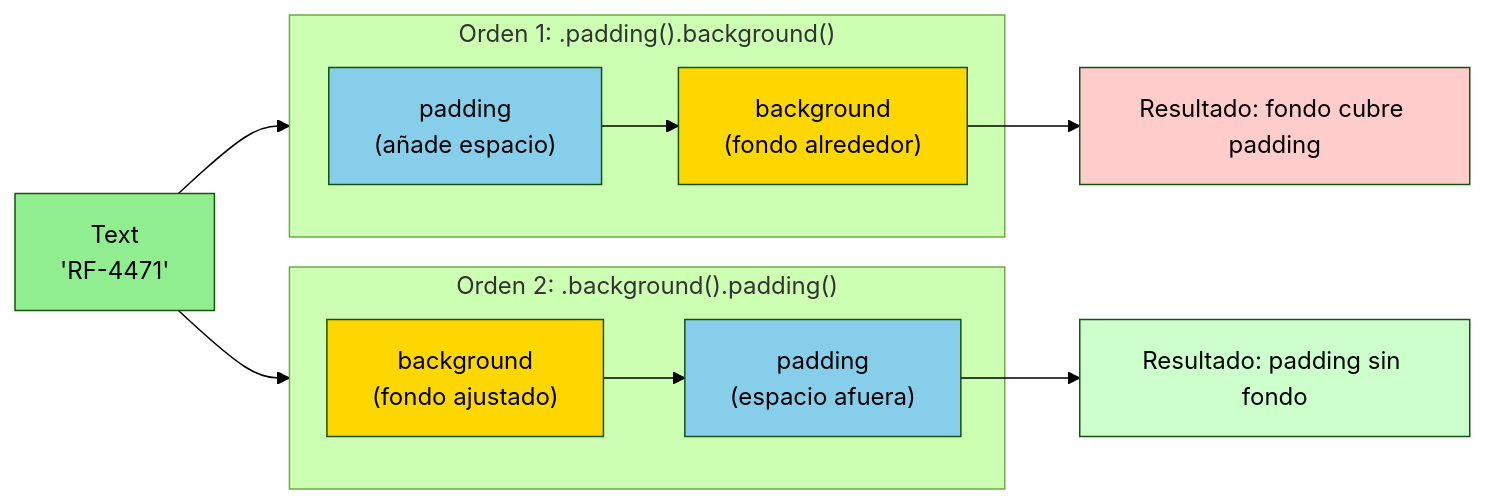
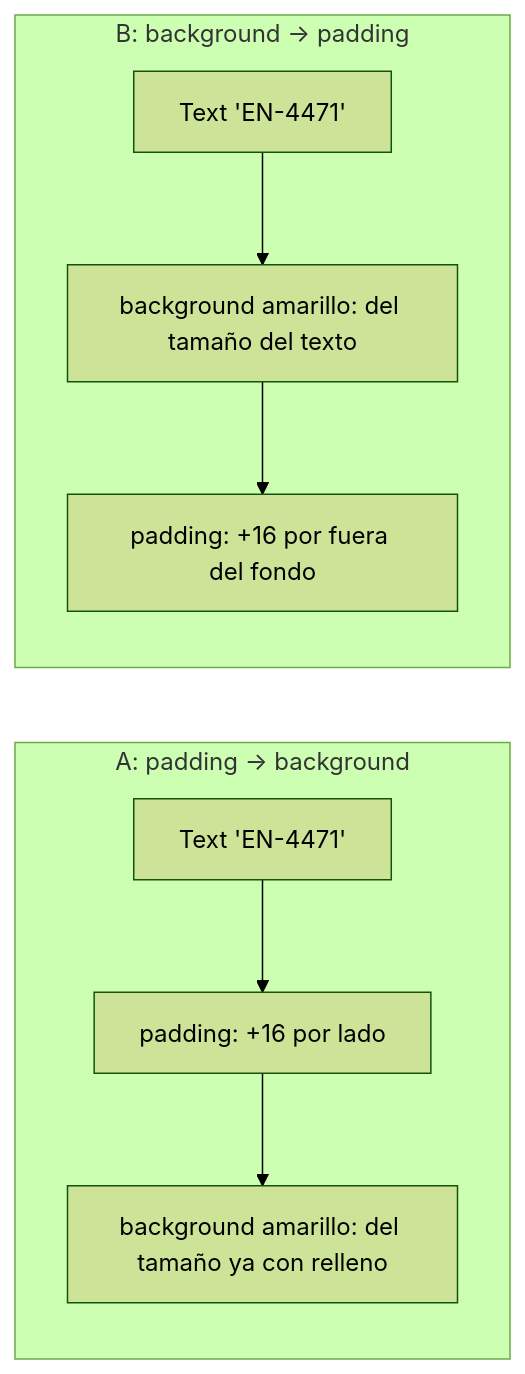
Before and after one commit to NICORUIZ93/The_Imperial_Book: the second of 4 diagrams in web/public/content/ios/modulo-1.md, drawn with Mermaid (forest theme). The commit also changed other lines of this file and 88 other files, not shown here.

````diff
--- a/web/public/content/ios/modulo-1.md
+++ b/web/public/content/ios/modulo-1.md
@@ -171,31 +677,9 @@
 ```mermaid
-graph LR
-    A["Text<br/>'RF-4471'"]
-    
-    subgraph order1["Orden 1: .padding().background()"]
-        P1["padding<br/>(añade espacio)"]
-        BG1["background<br/>(fondo alrededor)"]
-        P1 --> BG1
+flowchart LR
+    subgraph A["A: padding → background"]
+        A1["Text 'EN-4471'"] --> A2["padding: +16 por lado"] --> A3["background amarillo: del tamaño ya con relleno"]
     end
-    
-    subgraph order2["Orden 2: .background().padding()"]
-        BG2["background<br/>(fondo ajustado)"]
-        P2["padding<br/>(espacio afuera)"]
-        BG2 --> P2
+    subgraph B["B: background → padding"]
+        B1["Text 'EN-4471'"] --> B2["background amarillo: del tamaño del texto"] --> B3["padding: +16 por fuera del fondo"]
     end
-    
-    A --> order1
-    A --> order2
-    
-    BG1 --> R1["Resultado: fondo cubre padding"]
-    P2 --> R2["Resultado: padding sin fondo"]
-    
-    style A fill:#90ee90
-    style P1 fill:#87ceeb
-    style BG1 fill:#ffd700
-    style R1 fill:#ffcccc
-    
-    style BG2 fill:#ffd700
-    style P2 fill:#87ceeb
-    style R2 fill:#ccffcc
 ```
````
